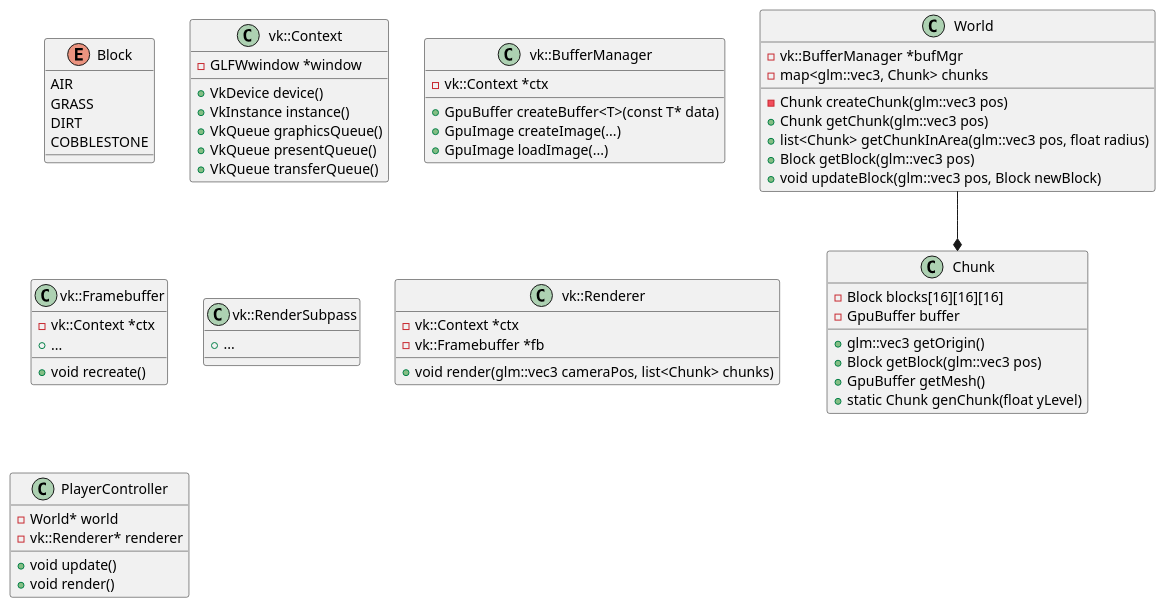
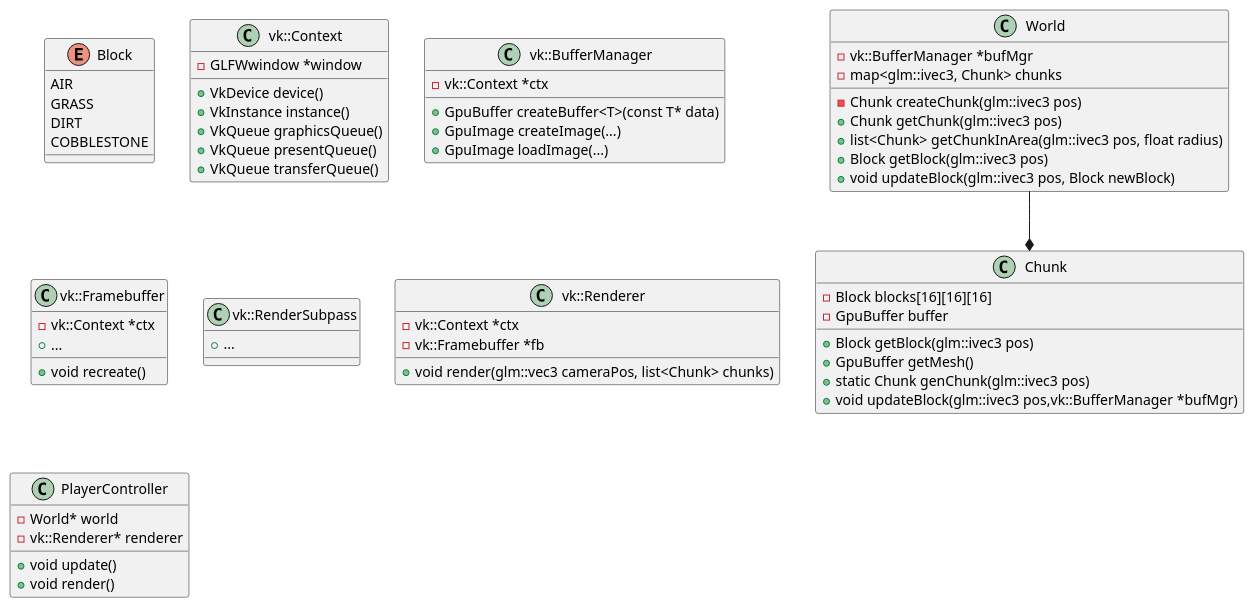
Before and after one commit to Tazdevil971/UnnamedMinecraftClone: the diagram in docs/requirements.md, drawn with PlantUML.

Commit message:
updated uml

````diff
--- a/docs/requirements.md
+++ b/docs/requirements.md
@@ -21,70 +21,70 @@
 ```plantuml
 @startuml
   enum Block {
     AIR
     GRASS
     DIRT
     COBBLESTONE
   }
   
   class vk::Context {
     - GLFWwindow *window
     + VkDevice device()
     + VkInstance instance()
     + VkQueue graphicsQueue()
     + VkQueue presentQueue()
     + VkQueue transferQueue()
   }
 
   class vk::BufferManager {
     - vk::Context *ctx
     + GpuBuffer createBuffer<T>(const T* data)
     + GpuImage createImage(...)
     + GpuImage loadImage(...)
   }
 
   class vk::Framebuffer {
     - vk::Context *ctx
     + void recreate()
     + ...
   }
 
   class vk::RenderSubpass {
     + ...
   }
 
   class vk::Renderer {
     - vk::Context *ctx
     - vk::Framebuffer *fb
     + void render(glm::vec3 cameraPos, list<Chunk> chunks)
   }
 
   class Chunk {
     - Block blocks[16][16][16]
     - GpuBuffer buffer
-    + glm::vec3 getOrigin()
-    + Block getBlock(glm::vec3 pos)
+    + Block getBlock(glm::ivec3 pos)
     + GpuBuffer getMesh()
-    + static Chunk genChunk(float yLevel)
+    + static Chunk genChunk(glm::ivec3 pos)
+    + void updateBlock(glm::ivec3 pos,vk::BufferManager *bufMgr)
   }
 
   World --* Chunk
 
   class World {
     - vk::BufferManager *bufMgr
-    - map<glm::vec3, Chunk> chunks
-    - Chunk createChunk(glm::vec3 pos)
-    + Chunk getChunk(glm::vec3 pos)
-    + list<Chunk> getChunkInArea(glm::vec3 pos, float radius)
-    + Block getBlock(glm::vec3 pos)
-    + void updateBlock(glm::vec3 pos, Block newBlock)
+    - map<glm::ivec3, Chunk> chunks
+    - Chunk createChunk(glm::ivec3 pos)
+    + Chunk getChunk(glm::ivec3 pos)
+    + list<Chunk> getChunkInArea(glm::ivec3 pos, float radius)
+    + Block getBlock(glm::ivec3 pos)
+    + void updateBlock(glm::ivec3 pos, Block newBlock)
   }
 
   class PlayerController {
     - World* world
     - vk::Renderer* renderer
     + void update()
     + void render()
   }
 @enduml
 ```
````
